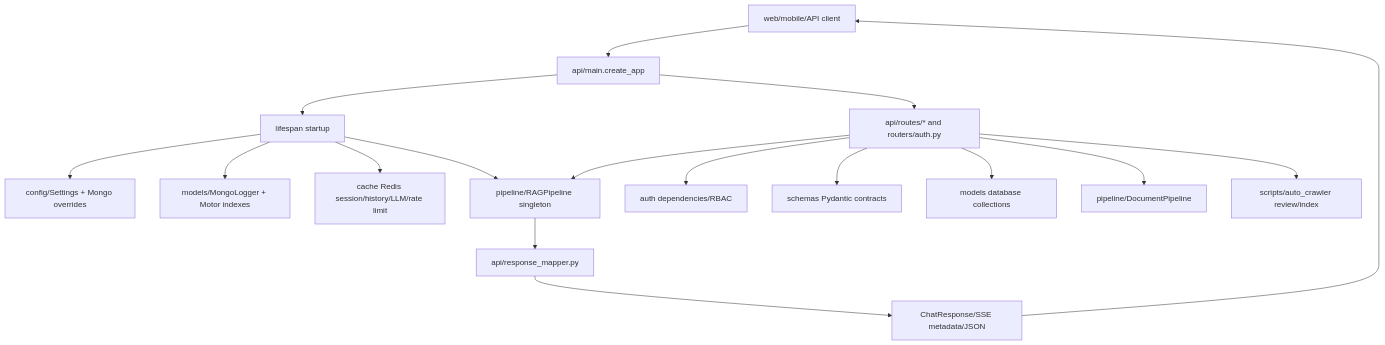
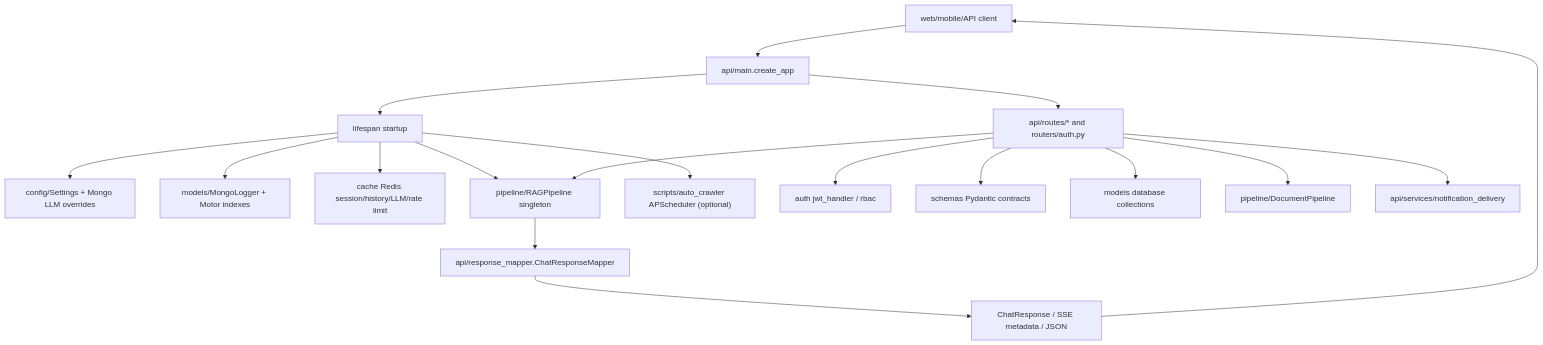
Before and after one commit to hoainam183/GR: the diagram in src/RAG_v2/api/MODULE.md, drawn with Mermaid. The commit also changed other lines of this file and 50 other files, not shown here.

````diff
--- a/src/RAG_v2/api/MODULE.md
+++ b/src/RAG_v2/api/MODULE.md
@@ -82,19 +93,20 @@
 ```mermaid
 flowchart TD
   Client["web/mobile/API client"] --> FastAPI["api/main.create_app"]
   FastAPI --> Lifespan["lifespan startup"]
-  Lifespan --> Settings["config/Settings + Mongo overrides"]
+  Lifespan --> Settings["config/Settings + Mongo LLM overrides"]
   Lifespan --> Mongo["models/MongoLogger + Motor indexes"]
   Lifespan --> Redis["cache Redis session/history/LLM/rate limit"]
   Lifespan --> Pipeline["pipeline/RAGPipeline singleton"]
+  Lifespan --> Crawler["scripts/auto_crawler APScheduler (optional)"]
   FastAPI --> Routers["api/routes/* and routers/auth.py"]
-  Routers --> Auth["auth dependencies/RBAC"]
+  Routers --> Auth["auth jwt_handler / rbac"]
   Routers --> Schemas["schemas Pydantic contracts"]
   Routers --> Pipeline
   Routers --> Models["models database collections"]
   Routers --> Upload["pipeline/DocumentPipeline"]
-  Routers --> Crawler["scripts/auto_crawler review/index"]
-  Pipeline --> Mapper["api/response_mapper.py"]
-  Mapper --> Response["ChatResponse/SSE metadata/JSON"]
+  Routers --> Notify["api/services/notification_delivery"]
+  Pipeline --> Mapper["api/response_mapper.ChatResponseMapper"]
+  Mapper --> Response["ChatResponse / SSE metadata / JSON"]
   Response --> Client
 ```
````
